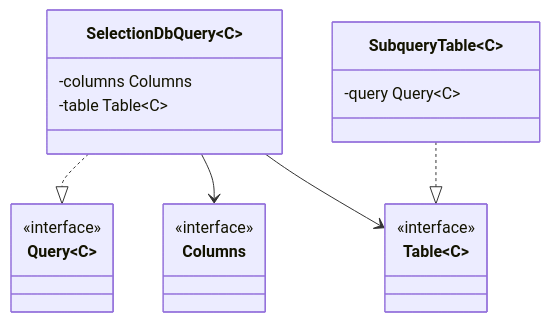
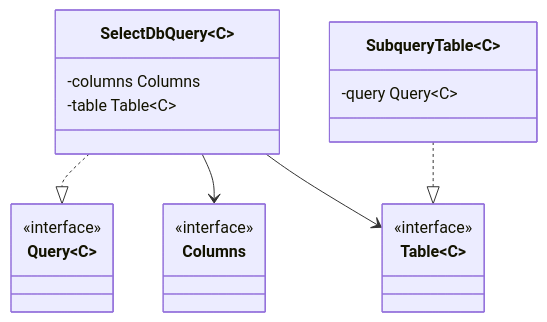
One commit to safarislava/QueryBricks changed the sixth of 7 diagrams in docs/domain.md. Above: the diagram before and after it, drawn with Mermaid. The commit also changed other lines of this file, not shown here.

Commit message:
docs: Add insert query

````diff
--- a/docs/domain.md
+++ b/docs/domain.md
@@ -127,29 +127,29 @@
 ```mermaid
 classDiagram
     class Table~C~ {
         <<interface>>
     }
 
     class Columns {
         <<interface>>
     }
 
     class Query~C~ {
         <<interface>>
     }
 
-    class SelectionDbQuery~C~ {
+    class SelectDbQuery~C~ {
         -columns Columns
         -table Table~C~
     }
-    SelectionDbQuery ..|> Query
-    SelectionDbQuery --> Columns
-    SelectionDbQuery --> Table
+    SelectDbQuery ..|> Query
+    SelectDbQuery --> Columns
+    SelectDbQuery --> Table
 
     class SubqueryTable~C~ {
         -query Query~C~
     }
     SubqueryTable ..|> Table
 
     %% алиасы для таблиц
 ```
````
